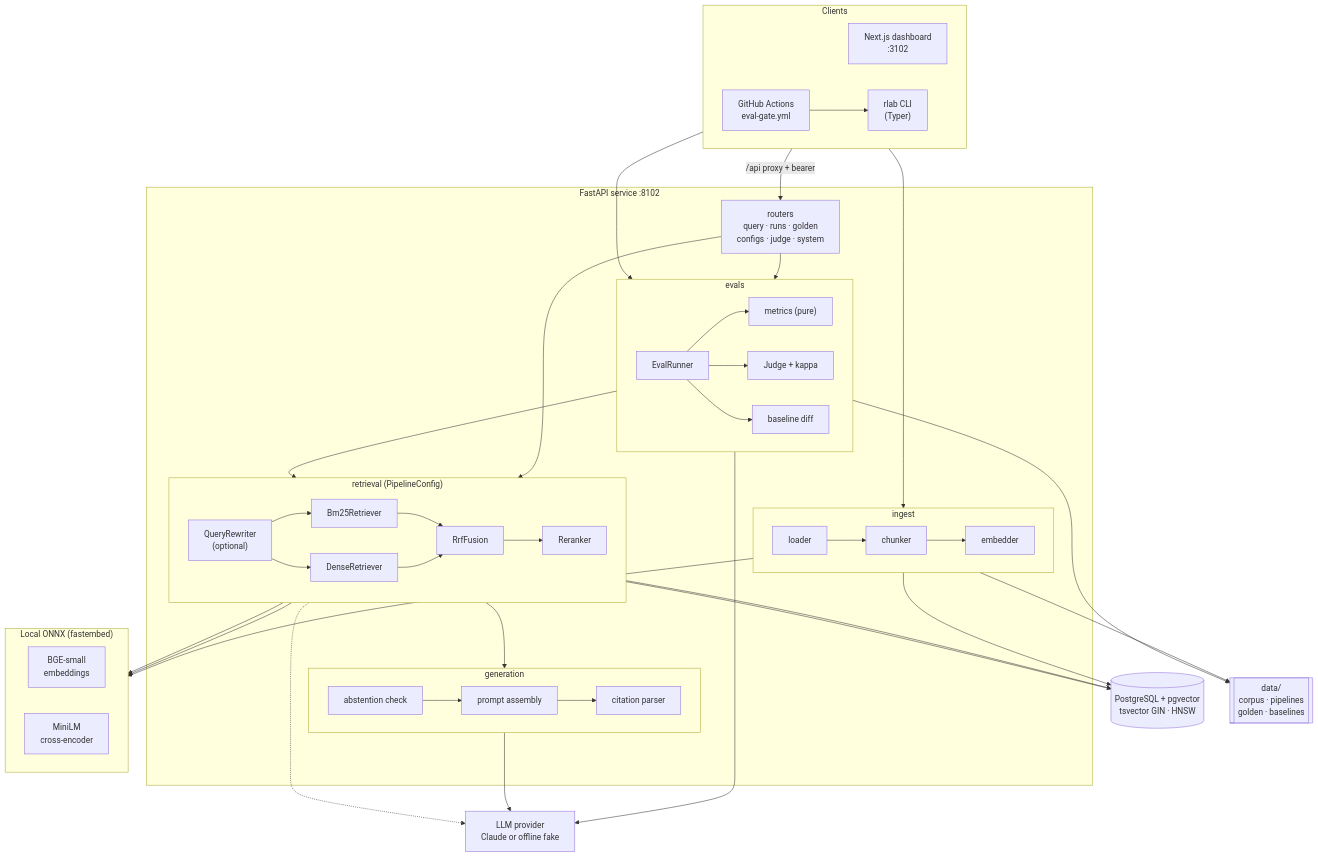
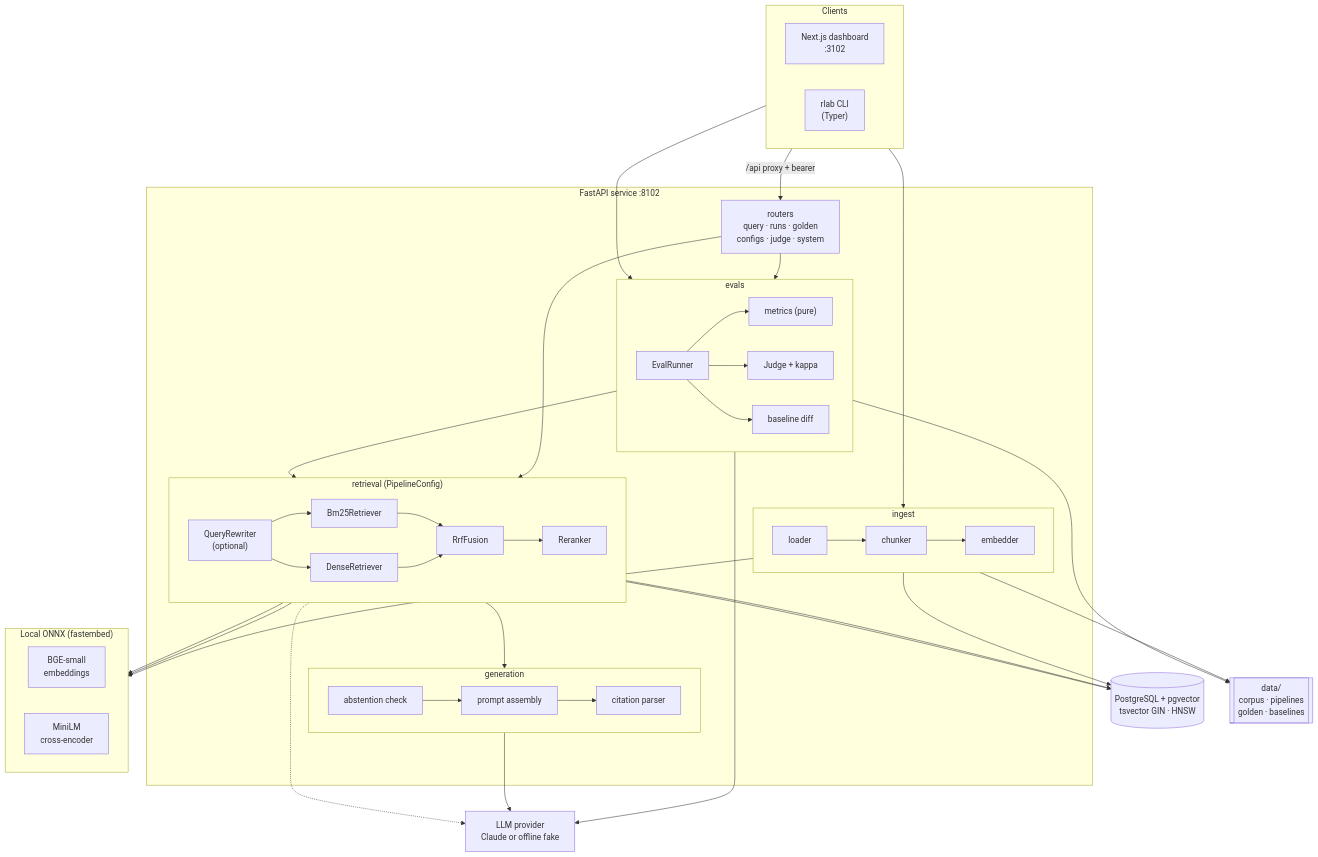
One commit to devm29/retrieval-lab changed the first of 5 diagrams in README.md. Above: the diagram before and after it, drawn with Mermaid. The commit also changed other lines of this file, not shown here.

````diff
--- a/README.md
+++ b/README.md
@@ -180,65 +188,63 @@
 ```mermaid
 flowchart TB
     subgraph Clients
         direction LR
         UI["Next.js dashboard<br/>:3102"]
         CLI["rlab CLI<br/>(Typer)"]
-        GHA["GitHub Actions<br/>eval-gate.yml"]
     end
 
     subgraph API["FastAPI service :8102"]
         Routers["routers<br/>query · runs · golden<br/>configs · judge · system"]
         subgraph Retrieval["retrieval (PipelineConfig)"]
             direction LR
             RW["QueryRewriter<br/>(optional)"] --> BM["Bm25Retriever"]
             RW --> DN["DenseRetriever"]
             BM --> RRF["RrfFusion"]
             DN --> RRF
             RRF --> RR["Reranker"]
         end
         subgraph Generation["generation"]
             direction LR
             AB["abstention check"] --> PR["prompt assembly"] --> CP["citation parser"]
         end
         subgraph Evals["evals"]
             direction LR
             RUN["EvalRunner"] --> MET["metrics (pure)"]
             RUN --> JDG["Judge + kappa"]
             RUN --> BASE["baseline diff"]
         end
         subgraph Ingest["ingest"]
             direction LR
             LD["loader"] --> CH["chunker"] --> EM["embedder"]
         end
     end
 
     subgraph Models["Local ONNX (fastembed)"]
         direction LR
         BGE["BGE-small<br/>embeddings"]
         CE["MiniLM<br/>cross-encoder"]
     end
 
     LLM["LLM provider<br/>Claude or offline fake"]
     PG[("PostgreSQL + pgvector<br/>tsvector GIN · HNSW")]
     FILES[["data/<br/>corpus · pipelines<br/>golden · baselines"]]
 
     UI -- "/api proxy + bearer" --> Routers
-    GHA --> CLI
     CLI --> RUN
     CLI --> LD
     Routers --> RW
     Routers --> RUN
     RUN --> RW
     RR --> AB
     BM --> PG
     DN --> PG
     DN --> BGE
     RR --> CE
     EM --> BGE
     EM --> PG
     RW -.-> LLM
     PR --> LLM
     JDG --> LLM
     LD --> FILES
     BASE --> FILES
 ```
````
